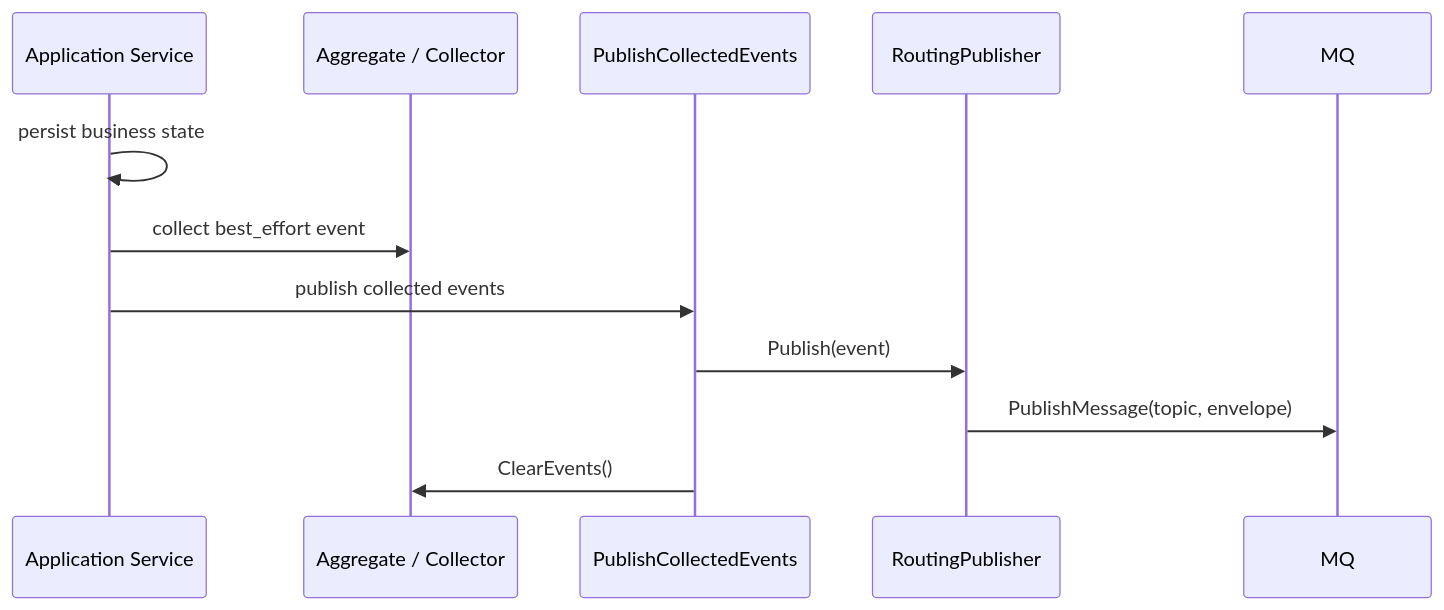
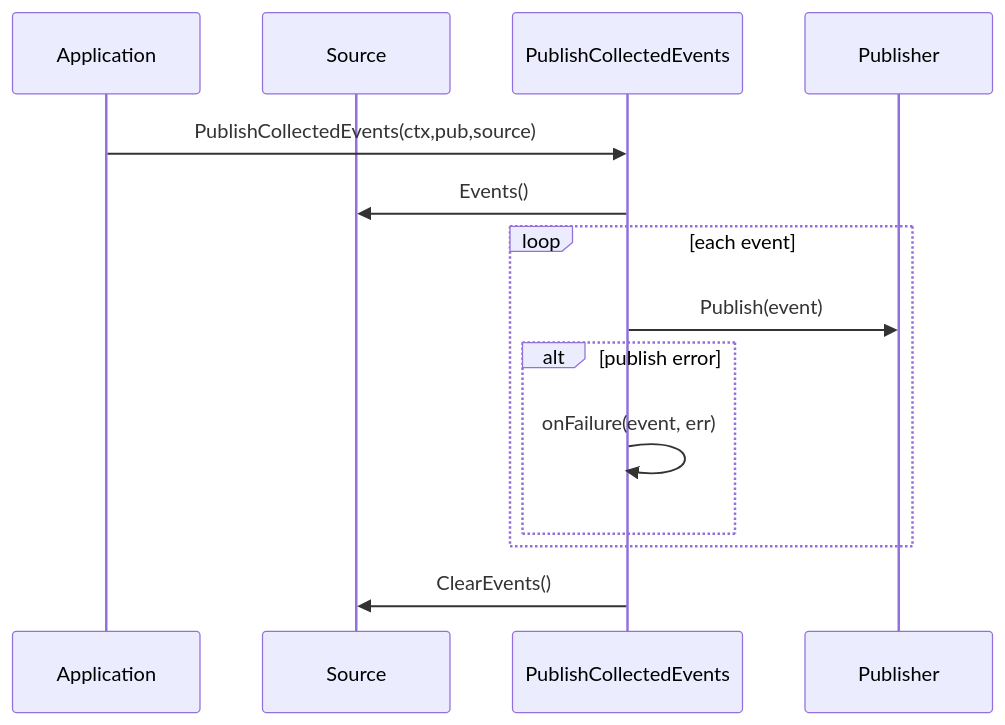
One commit to FangcunMount/qs-server changed the second of 4 diagrams in docs/03-基础设施/event/02-Publish与Outbox.md. Above: the diagram before and after it, drawn with Mermaid. The commit also changed other lines of this file and 9 other files, not shown here.

````diff
--- a/docs/03-基础设施/event/02-Publish与Outbox.md
+++ b/docs/03-基础设施/event/02-Publish与Outbox.md
@@ -50,15 +142,17 @@
 ```mermaid
 sequenceDiagram
-    participant App as Application Service
-    participant Agg as Aggregate / Collector
-    participant Pub as PublishCollectedEvents
-    participant Runtime as RoutingPublisher
-    participant MQ as MQ
+    participant App as Application
+    participant Source as Source
+    participant Helper as PublishCollectedEvents
+    participant Pub as Publisher
 
-    App->>App: persist business state
-    App->>Agg: collect best_effort event
-    App->>Pub: publish collected events
-    Pub->>Runtime: Publish(event)
-    Runtime->>MQ: PublishMessage(topic, envelope)
-    Pub->>Agg: ClearEvents()
+    App->>Helper: PublishCollectedEvents(ctx,pub,source)
+    Helper->>Source: Events()
+    loop each event
+        Helper->>Pub: Publish(event)
+        alt publish error
+            Helper->>Helper: onFailure(event, err)
+        end
+    end
+    Helper->>Source: ClearEvents()
 ```
````
